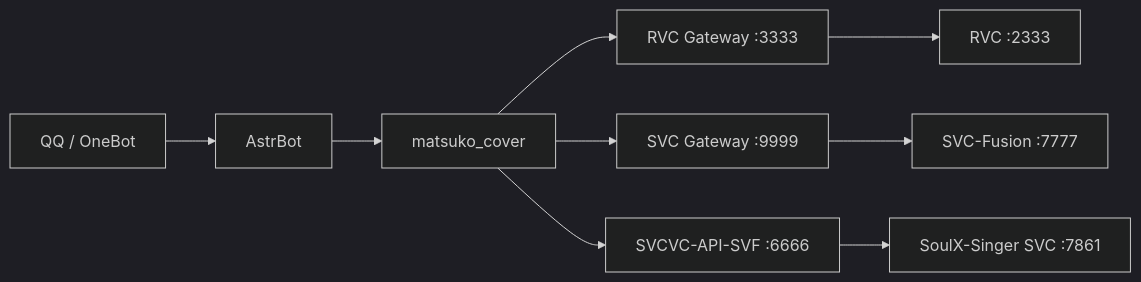
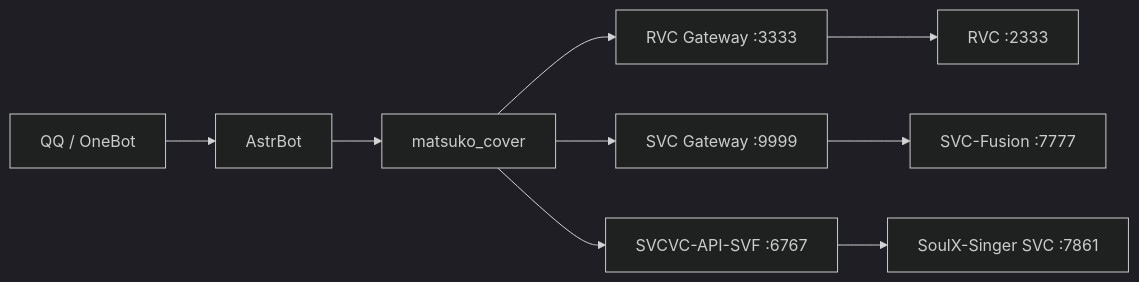
The diagram in README.md (sdfsfsk/matsuko_cover), drawn with Mermaid (dark theme) before and after one commit. The commit also changed other lines of this file and 3 other files, not shown here.

````diff
--- a/README.md
+++ b/README.md
@@ -39,11 +39,11 @@
 ```mermaid
 flowchart LR
     QQ[QQ / OneBot] --> AstrBot
     AstrBot --> Plugin[matsuko_cover]
     Plugin --> RVCAPI[RVC Gateway :3333]
     Plugin --> SVCAPI[SVC Gateway :9999]
-    Plugin --> SVCVC[SVCVC-API-SVF :6666]
+    Plugin --> SVCVC[SVCVC-API-SVF :6767]
     RVCAPI --> RVC[RVC :2333]
     SVCAPI --> SVC[SVC-Fusion :7777]
     SVCVC --> SoulX[SoulX-Singer SVC :7861]
 ```
````
